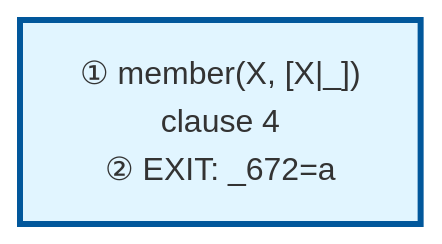
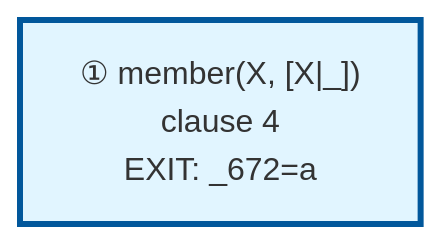
The diagram in examples/member-output.md (jarecsni/prolog-trace-viz), drawn with Mermaid before and after one commit. The commit also changed 17 other files, not shown here.

First line of the commit message:
🐛 fix: timeline merging for recursive predicates

````diff
--- a/examples/member-output.md
+++ b/examples/member-output.md
@@ -32,11 +32,11 @@
 ```mermaid
 graph TD
 
 %% Nodes
-A["① member(X, [X|_])<br/>clause 4<br/>② EXIT: _672=a"]
+A["① member(X, [X|_])<br/>clause 4<br/>EXIT: _672=a"]
 
 %% Edges
 
 %% Styles
 style A fill:#e1f5ff,stroke:#01579b,stroke-width:3px
 ```
````
